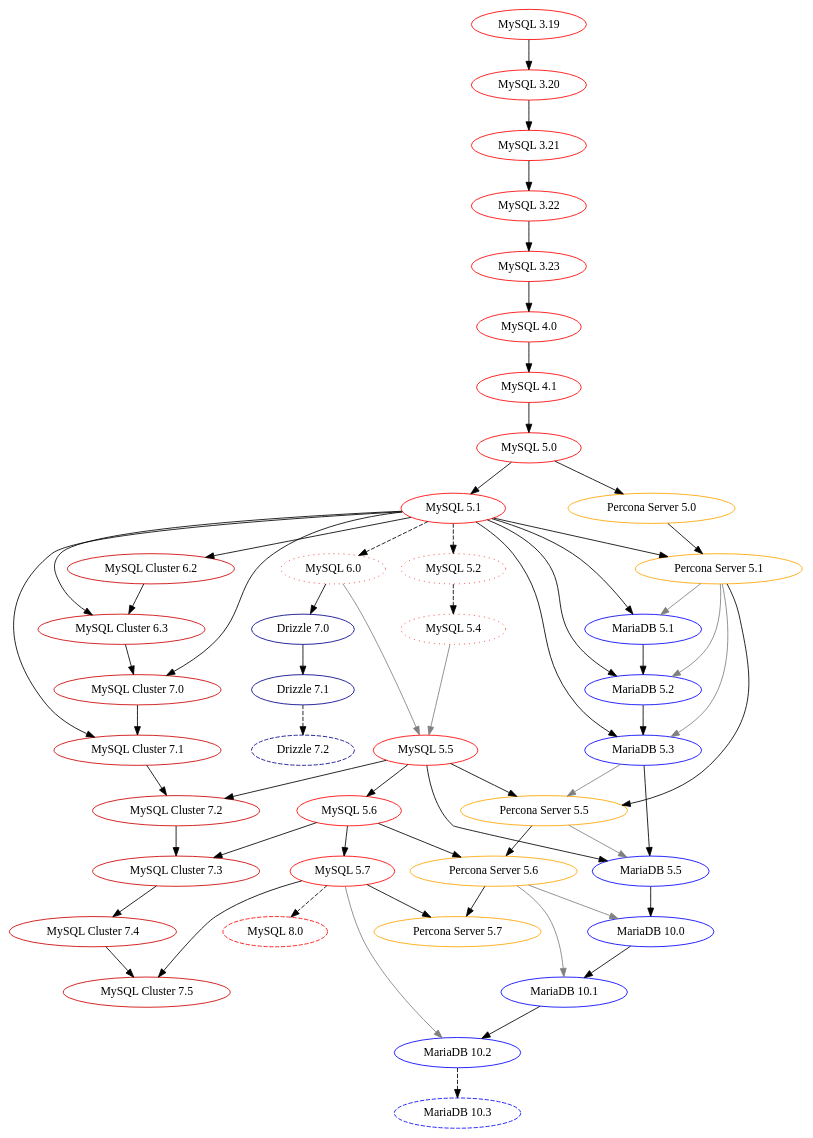
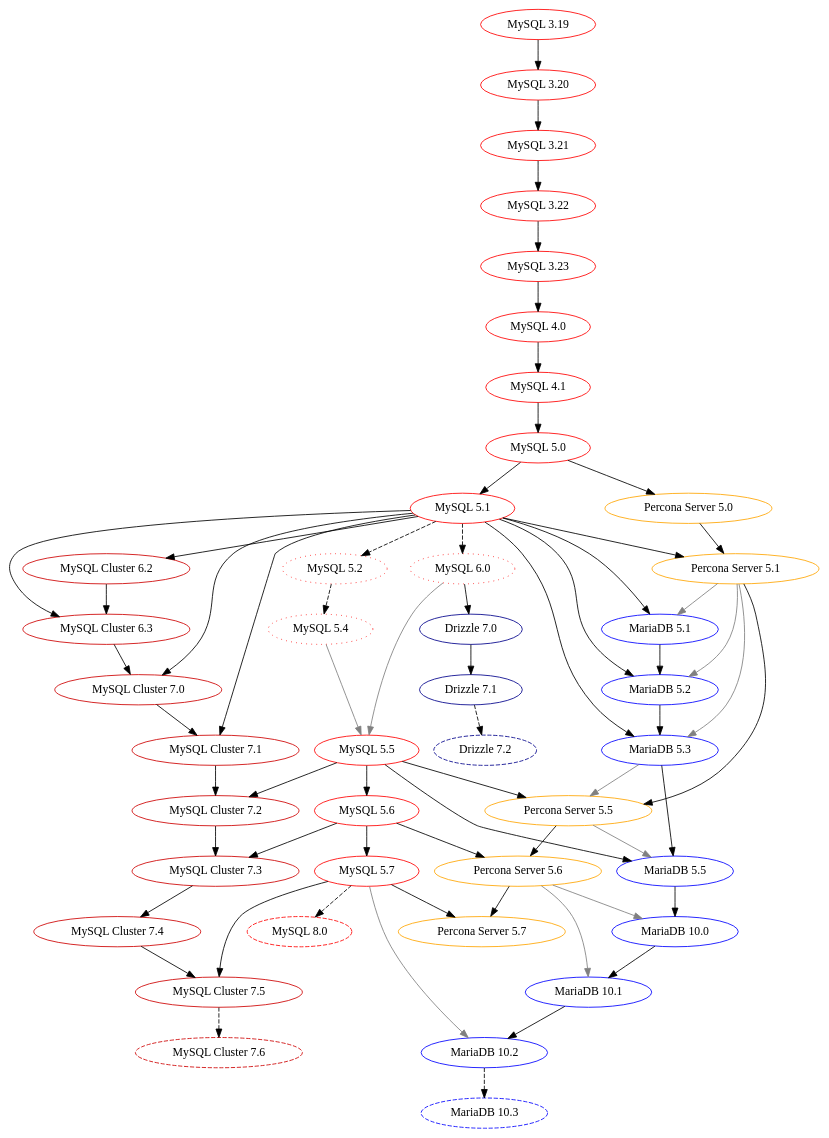
The diagram in mysql-history-graph.dot (dveeden/mysql-history-graph), drawn with Graphviz before and after one commit. The commit also changed 2 other files, not shown here.

Commit message:
Add MySQL Cluster 7.6 (DMR)
7.6.4 (DMR4) is bsed on 5.7.20 and released on 2018-01-31

```diff
--- a/mysql-history-graph.dot
+++ b/mysql-history-graph.dot
@@ -1,125 +1,127 @@
 digraph mysql_history_graph {
 	/* Standards:
 	   Non-GA: 		dashed
 	   Abandoned: 		dotted 
 	   Oracle MySQL: 	red
 	   MySQL Cluster: 	red3
 	   MariaDB: 		blue
 	   Drizzle: 		blue4
 	   Percona Server: 	orange
 	*/
 
 	/* MySQL/Sun/Oracle MySQL GA */
 	"MySQL 3.19" [color="red"];
 	"MySQL 3.20" [color="red"];
 	"MySQL 3.21" [color="red"];
 	"MySQL 3.22" [color="red"];
 	"MySQL 3.23" [color="red"];
 	"MySQL 4.0" [color="red"];
 	"MySQL 4.1" [color="red"];
 	"MySQL 5.0" [color="red"];
 	"MySQL 5.1" [color="red"];
 	"MySQL 5.5" [color="red"];
 	"MySQL 5.6" [color="red"];
 	"MySQL 5.7" [color="red"];
 	"MySQL 3.19" -> "MySQL 3.20";
 	"MySQL 3.20" -> "MySQL 3.21";
 	"MySQL 3.21" -> "MySQL 3.22";
 	"MySQL 3.22" -> "MySQL 3.23";
 	"MySQL 3.23" -> "MySQL 4.0";
 	"MySQL 4.0" -> "MySQL 4.1";
 	"MySQL 4.1" -> "MySQL 5.0";
 	"MySQL 5.0" -> "MySQL 5.1";
 	"MySQL 5.5" -> "MySQL 5.6";
 	"MySQL 5.6" -> "MySQL 5.7";
 	"MySQL 5.4" -> "MySQL 5.5" [color="grey"]; // InnoDB Scalability
 	"MySQL 6.0" -> "MySQL 5.5" [color="grey"]; // Optimizer improvements
 
 	/* MySQL/Sun/Oracle non-GA */	
 	"MySQL 5.2" [color="red",style="dotted"];
 	"MySQL 5.4" [color="red",style="dotted"];
 	"MySQL 6.0" [color="red",style="dotted"];
 	"MySQL 8.0" [color="red",style="dashed"];
 	"MySQL 5.1" -> "MySQL 5.2" [style="dashed"];
 	"MySQL 5.1" -> "MySQL 6.0" [style="dashed"];
 	"MySQL 5.2" -> "MySQL 5.4" [style="dashed"];
 	"MySQL 5.7" -> "MySQL 8.0" [style="dashed"];
 
 	/* MySQL Cluster (NDB) */
 	"MySQL Cluster 6.2" [color="red3"]
 	"MySQL Cluster 6.3" [color="red3"]
 	"MySQL Cluster 7.0" [color="red3"]
 	"MySQL Cluster 7.1" [color="red3"]
 	"MySQL Cluster 7.2" [color="red3"]
 	"MySQL Cluster 7.3"  [color="red3"]
 	"MySQL Cluster 7.4"  [color="red3"]
 	"MySQL Cluster 7.5"  [color="red3"]
+	"MySQL Cluster 7.6"  [color="red3",style="dashed"]
 	"MySQL 5.1" -> "MySQL Cluster 6.2";
 	"MySQL 5.1" -> "MySQL Cluster 6.3";
 	"MySQL Cluster 6.2" -> "MySQL Cluster 6.3";
 	"MySQL 5.1" -> "MySQL Cluster 7.0";
 	"MySQL Cluster 6.3" -> "MySQL Cluster 7.0";
 	"MySQL 5.1" -> "MySQL Cluster 7.1";
 	"MySQL Cluster 7.0" -> "MySQL Cluster 7.1";
 	"MySQL 5.5" -> "MySQL Cluster 7.2";
 	"MySQL Cluster 7.1" -> "MySQL Cluster 7.2";
 	"MySQL 5.6" -> "MySQL Cluster 7.3";
 	"MySQL Cluster 7.2" -> "MySQL Cluster 7.3";
 	"MySQL Cluster 7.3" -> "MySQL Cluster 7.4";
 	"MySQL 5.7" -> "MySQL Cluster 7.5";
 	"MySQL Cluster 7.4" -> "MySQL Cluster 7.5";
+	"MySQL Cluster 7.5" -> "MySQL Cluster 7.6" [style="dashed"];
 
 	/* MariaDB */
 	"MariaDB 5.1" [color="blue"];
 	"MariaDB 5.2" [color="blue"];
 	"MariaDB 5.3" [color="blue"];
 	"MariaDB 5.5" [color="blue"];
 	"MariaDB 10.0" [color="blue"];
 	"MariaDB 10.1" [color="blue"];
 	"MariaDB 10.2" [color="blue"];
 	"MariaDB 10.3" [color="blue",style="dashed"];
 	"MySQL 5.1" -> "MariaDB 5.1";
 	"Percona Server 5.1" -> "MariaDB 5.1" [color="grey"]; // XtraDB
 	"MySQL 5.1" -> "MariaDB 5.2";
 	"MariaDB 5.1" -> "MariaDB 5.2";
 	"Percona Server 5.1" -> "MariaDB 5.2" [color="grey"]; // XtraDB
 	"MySQL 5.1" -> "MariaDB 5.3";
 	"MariaDB 5.2" -> "MariaDB 5.3";
 	"Percona Server 5.1" -> "MariaDB 5.3" [color="grey"]; // XtraDB
 	"MySQL 5.5" -> "MariaDB 5.5";
 	"MariaDB 5.3" -> "MariaDB 5.5";
 	"Percona Server 5.5" -> "MariaDB 5.5" [color="grey"]; // XtraDB
 	"MariaDB 5.5" -> "MariaDB 10.0";
 	"MariaDB 10.0" -> "MariaDB 10.1";
 	"Percona Server 5.6" -> "MariaDB 10.0" [color="grey"]; // XtraDB
 	"MariaDB 10.1" -> "MariaDB 10.2"; // InnoDB
 	"Percona Server 5.6" -> "MariaDB 10.1" [color="grey"]; // XtraDB
 	"MariaDB 10.2" -> "MariaDB 10.3" [style="dashed"];
 	"MySQL 5.7" -> "MariaDB 10.2" [color="grey"]; // InnoDB
 
 
 	/* Percona Server */
 	"Percona Server 5.0" [color="orange"];
 	"Percona Server 5.1" [color="orange"];
 	"Percona Server 5.5" [color="orange"];
 	"Percona Server 5.6" [color="orange"];
 	"Percona Server 5.7" [color="orange"];
 	"MySQL 5.0" -> "Percona Server 5.0";
 	"MySQL 5.1" -> "Percona Server 5.1";
 	"Percona Server 5.0" -> "Percona Server 5.1";
 	"MySQL 5.5" -> "Percona Server 5.5";
 	"Percona Server 5.1" -> "Percona Server 5.5";
 	"MariaDB 5.3" -> "Percona Server 5.5" [color="grey"]; // group commit
 	"MySQL 5.6" -> "Percona Server 5.6";
 	"Percona Server 5.5" -> "Percona Server 5.6";
 	"MySQL 5.7" -> "Percona Server 5.7";
 	"Percona Server 5.6" -> "Percona Server 5.7";
 
 	/* Drizzle */
 	"Drizzle 7.0" [color="blue4"];
 	"Drizzle 7.1" [color="blue4"];
 	"Drizzle 7.2" [color="blue4", style="dashed"];
 	"MySQL 6.0" -> "Drizzle 7.0";
 	"Drizzle 7.0" -> "Drizzle 7.1";
 	"Drizzle 7.1" -> "Drizzle 7.2" [style="dashed"];
 }
```
